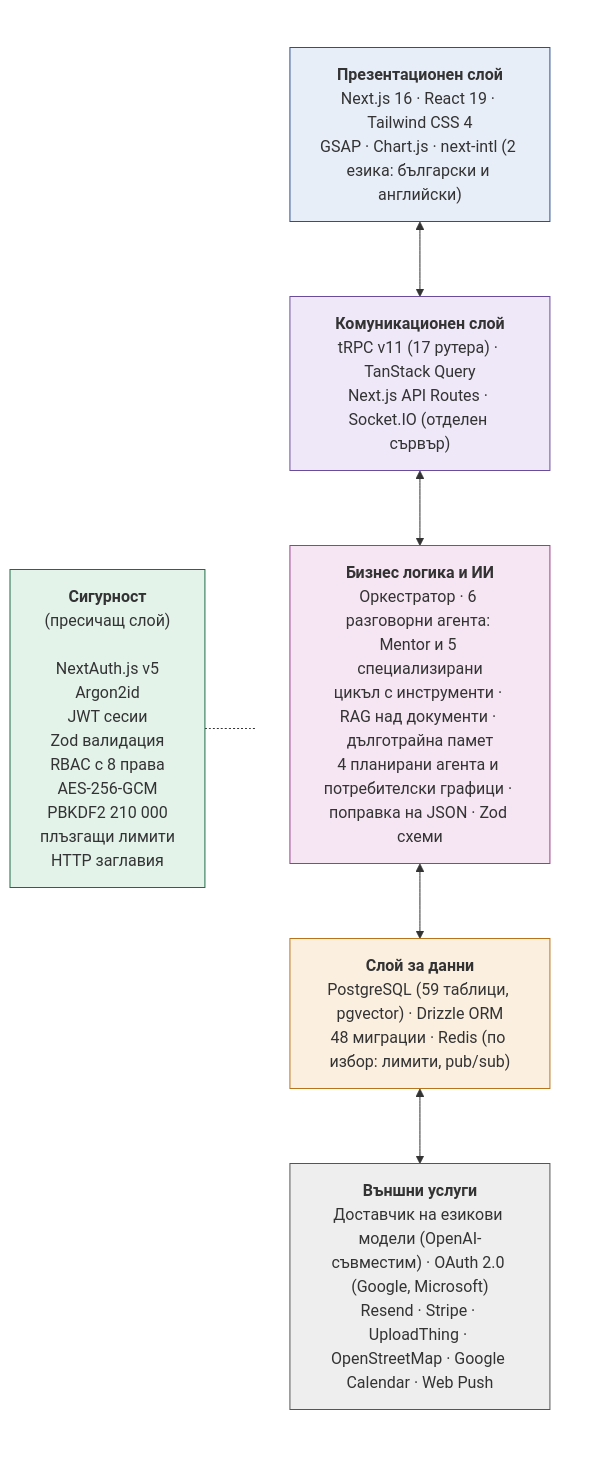
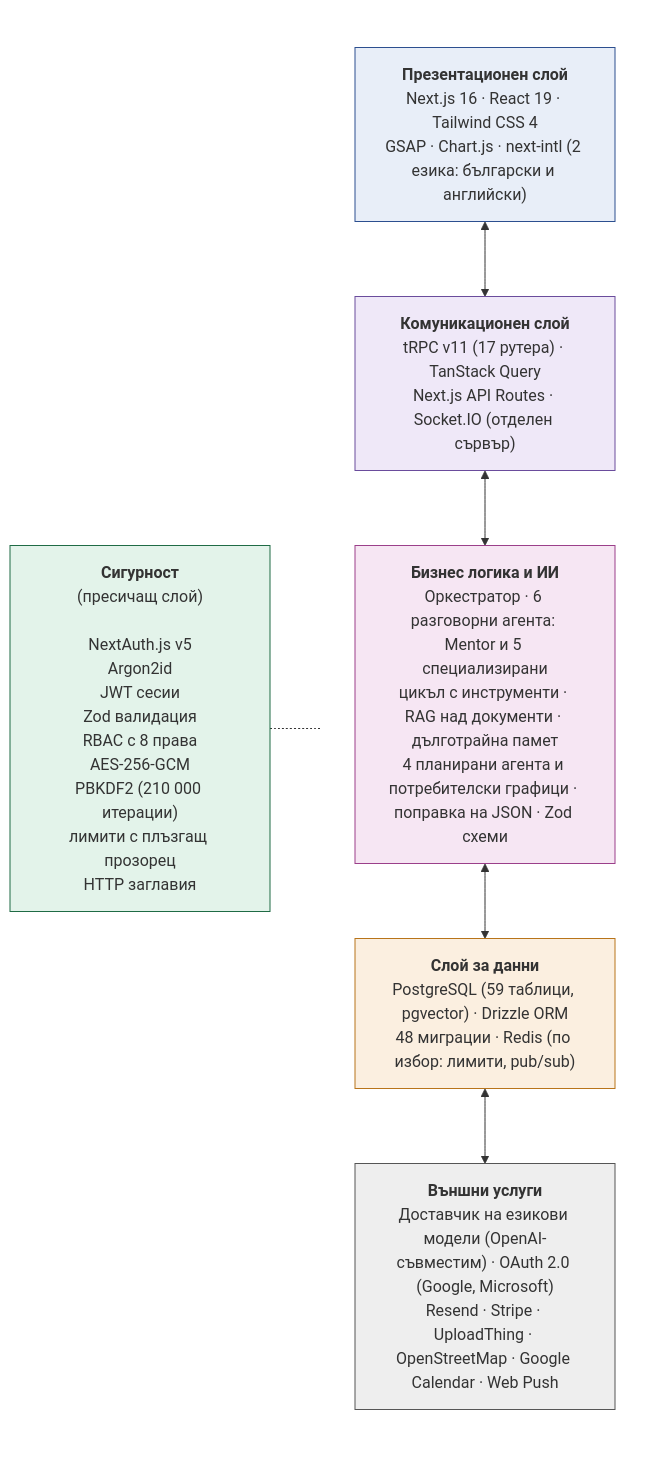
The diagram in docs/diploma/diagrams/src/04-architecture.mmd (tuncheva/KAIROS), drawn with Mermaid before and after one commit. The commit also changed 68 other files, not shown here.

First line of the commit message:
fix(thesis): replace Word-drawn figures; apply approved diagram changes

```diff
--- a/docs/diploma/diagrams/src/04-architecture.mmd
+++ b/docs/diploma/diagrams/src/04-architecture.mmd
@@ -1,20 +1,20 @@
 %% Фигура 4 – Многослойна архитектура (числата се сверяват с кода)
 flowchart LR
   subgraph STACK[" "]
     direction TB
     l1["<b>Презентационен слой</b><br>Next.js 16 · React 19 · Tailwind CSS 4<br>GSAP · Chart.js · next-intl (2 езика: български и английски)"]
     l2["<b>Комуникационен слой</b><br>tRPC v11 (17 рутера) · TanStack Query<br>Next.js API Routes · Socket.IO (отделен сървър)"]
     l3["<b>Бизнес логика и ИИ</b><br>Оркестратор · 6 разговорни агента: Mentor и 5 специализирани<br>цикъл с инструменти · RAG над документи · дълготрайна памет<br>4 планирани агента и потребителски графици · поправка на JSON · Zod схеми"]
     l4["<b>Слой за данни</b><br>PostgreSQL (59 таблици, pgvector) · Drizzle ORM<br>48 миграции · Redis (по избор: лимити, pub/sub)"]
     l5["<b>Външни услуги</b><br>Доставчик на езикови модели (OpenAI-съвместим) · OAuth 2.0 (Google, Microsoft)<br>Resend · Stripe · UploadThing · OpenStreetMap · Google Calendar · Web Push"]
     l1 <--> l2 <--> l3 <--> l4 <--> l5
   end
-  SEC["<b>Сигурност</b><br>(пресичащ слой)<br><br>NextAuth.js v5<br>Argon2id<br>JWT сесии<br>Zod валидация<br>RBAC с 8 права<br>AES-256-GCM<br>PBKDF2 210 000<br>плъзгащи лимити<br>HTTP заглавия"]
+  SEC["<b>Сигурност</b><br>(пресичащ слой)<br><br>NextAuth.js v5<br>Argon2id<br>JWT сесии<br>Zod валидация<br>RBAC с 8 права<br>AES-256-GCM<br>PBKDF2 (210 000 итерации)<br>лимити с плъзгащ прозорец<br>HTTP заглавия"]
   SEC -.- STACK
   style STACK fill:transparent,stroke:transparent
   style SEC fill:#e3f3ea,stroke:#1f6b45
   style l1 fill:#e8eef8,stroke:#2c4f8f
   style l2 fill:#efe8f8,stroke:#6a4c9c
   style l3 fill:#f6e6f3,stroke:#9b3f8a
   style l4 fill:#fbefe0,stroke:#b8741a
   style l5 fill:#eeeeee,stroke:#555555
```
